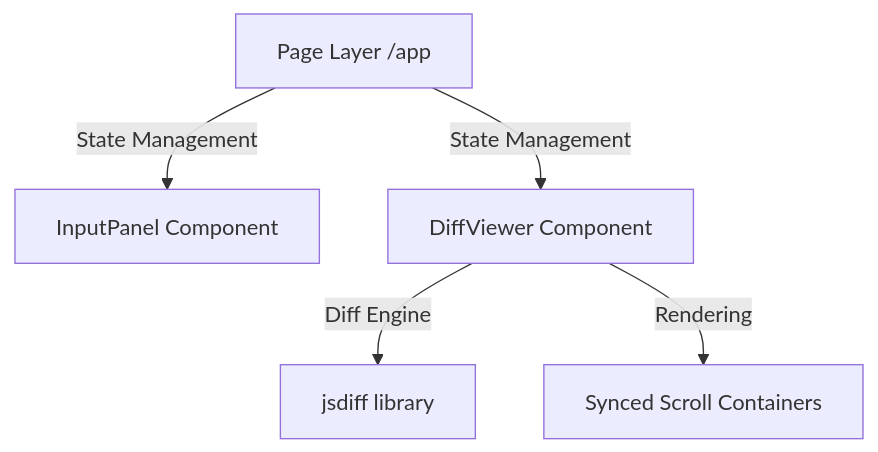
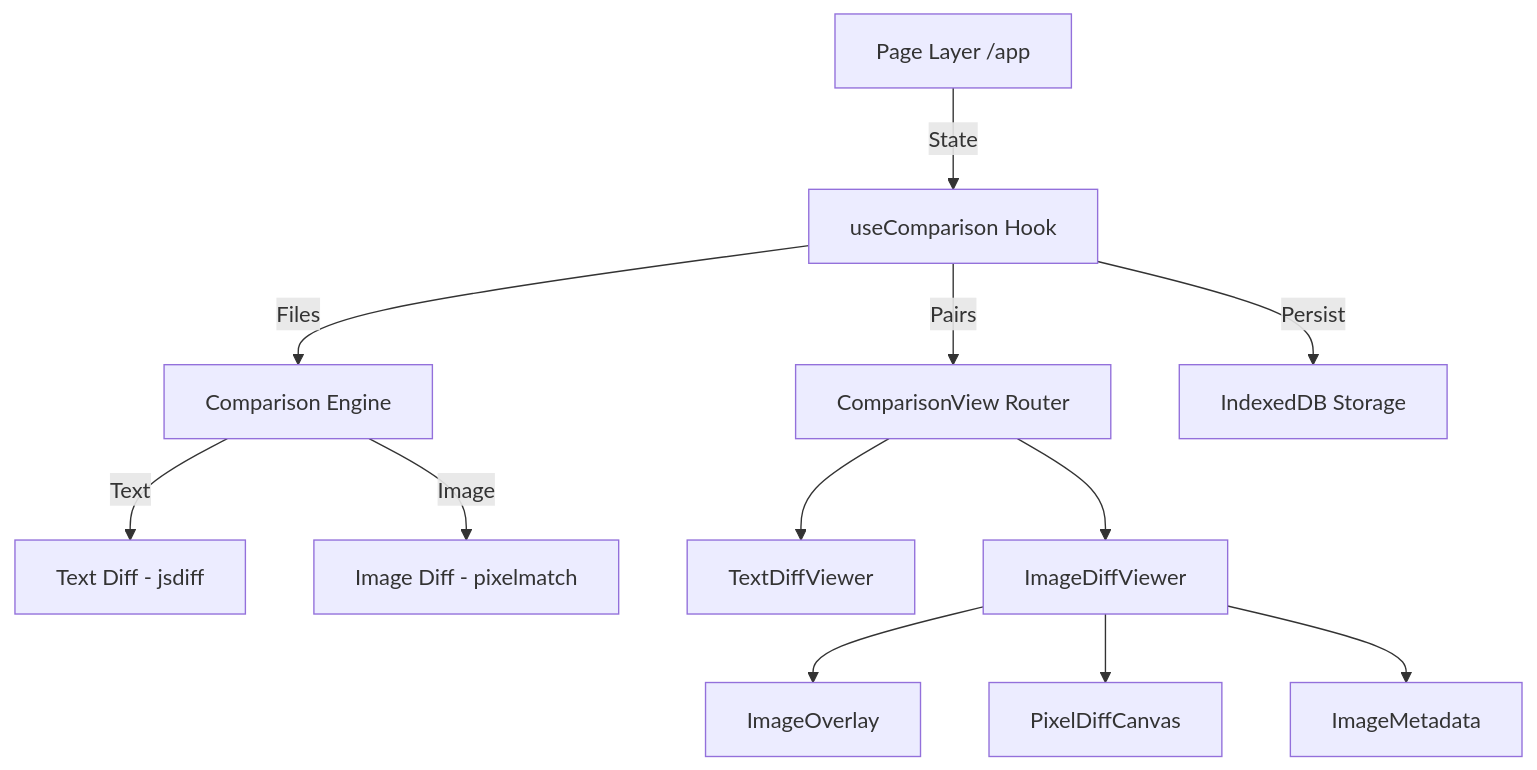
The diagram in DEVELOPMENT.md (qtremors/diffs), drawn with Mermaid before and after one commit. The commit also changed other lines of this file and 41 other files, not shown here.

Commit message:
v0.2.0: Migrate to TypeScript, add image comparison (overlay, pixel diff, metadata), multi-file support with selectable original, IndexedDB persistence, monochrome UI with colored indicators, fit-to-viewport images with scroll-to-zoom, collapsible input layout, and full documentation overhaul

````diff
--- a/DEVELOPMENT.md
+++ b/DEVELOPMENT.md
@@ -23,7 +25,14 @@
 ```mermaid
 graph TD
-    A[Page Layer /app] -->|State Management| B[InputPanel Component]
-    A -->|State Management| C[DiffViewer Component]
-    C -->|Diff Engine| D[jsdiff library]
-    C -->|Rendering| E[Synced Scroll Containers]
+    A[Page Layer /app] -->|State| B[useComparison Hook]
+    B -->|Files| C[Comparison Engine]
+    C -->|Text| D[Text Diff - jsdiff]
+    C -->|Image| E[Image Diff - pixelmatch]
+    B -->|Pairs| F[ComparisonView Router]
+    F --> G[TextDiffViewer]
+    F --> H[ImageDiffViewer]
+    H --> I[ImageOverlay]
+    H --> J[PixelDiffCanvas]
+    H --> K[ImageMetadata]
+    B -->|Persist| L[IndexedDB Storage]
 ```
````
